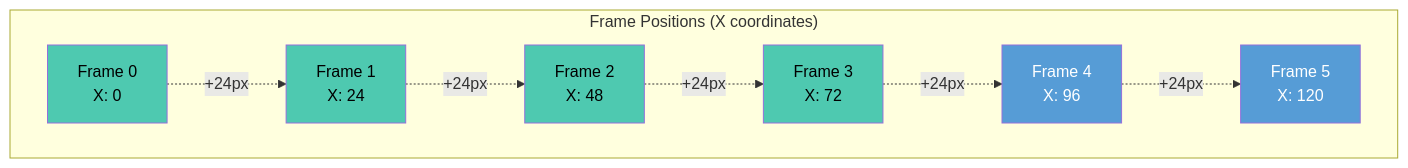
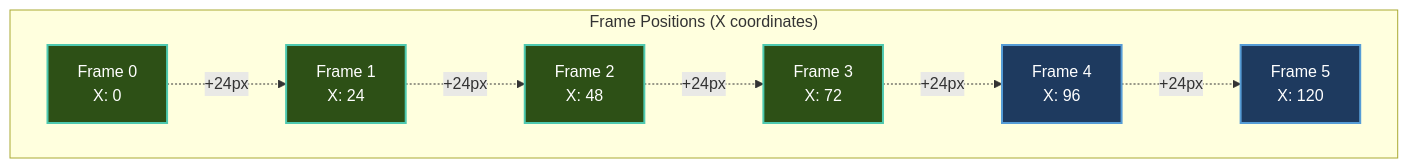
One commit to CrazyPickleStudios/Brine2D-Documentation changed the second of 3 diagrams in docs/tutorials/animations.md. Above: the diagram before and after it, drawn with Mermaid. The commit also changed other lines of this file and 9 other files, not shown here.

````diff
--- a/docs/tutorials/animations.md
+++ b/docs/tutorials/animations.md
@@ -70,24 +72,24 @@
 ```mermaid
 graph TD
     subgraph "Frame Positions (X coordinates)"
         C0["Frame 0<br/>X: 0"]
         C1["Frame 1<br/>X: 24"]
         C2["Frame 2<br/>X: 48"]
         C3["Frame 3<br/>X: 72"]
         C4["Frame 4<br/>X: 96"]
         C5["Frame 5<br/>X: 120"]
         
         C0 -.->|"+24px"| C1
         C1 -.->|"+24px"| C2
         C2 -.->|"+24px"| C3
         C3 -.->|"+24px"| C4
         C4 -.->|"+24px"| C5
+
+        style C0 fill:#2d5016,stroke:#4ec9b0,stroke-width:2px,color:#fff
+style C1 fill:#2d5016,stroke:#4ec9b0,stroke-width:2px,color:#fff
+style C2 fill:#2d5016,stroke:#4ec9b0,stroke-width:2px,color:#fff
+style C3 fill:#2d5016,stroke:#4ec9b0,stroke-width:2px,color:#fff
+style C4 fill:#1e3a5f,stroke:#569cd6,stroke-width:2px,color:#fff
+style C5 fill:#1e3a5f,stroke:#569cd6,stroke-width:2px,color:#fff
     end
-    
-    style C0 fill:#4ec9b0,color:#000
-    style C1 fill:#4ec9b0,color:#000
-    style C2 fill:#4ec9b0,color:#000
-    style C3 fill:#4ec9b0,color:#000
-    style C4 fill:#569cd6,color:#fff
-    style C5 fill:#569cd6,color:#fff
 ```
````
